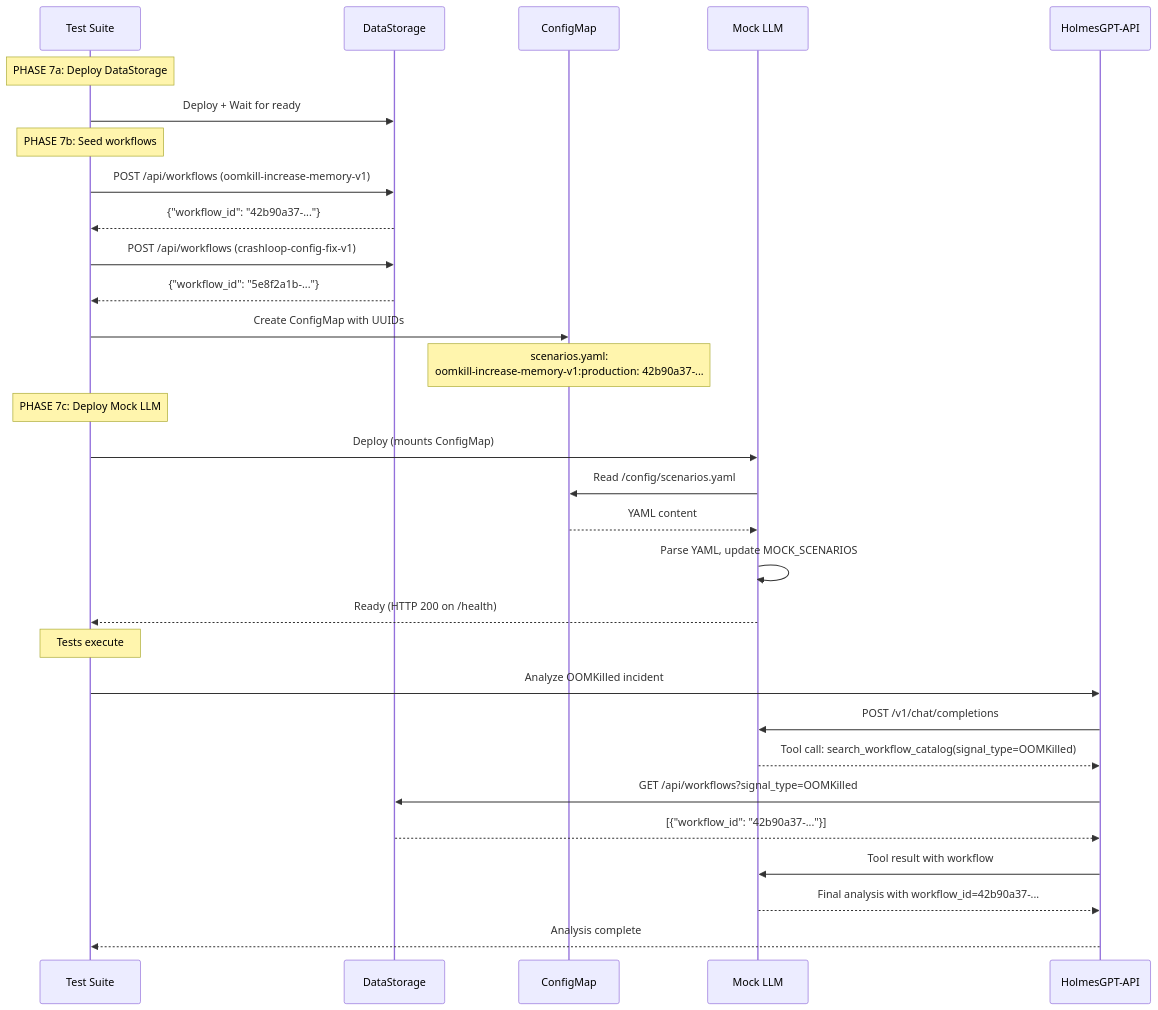
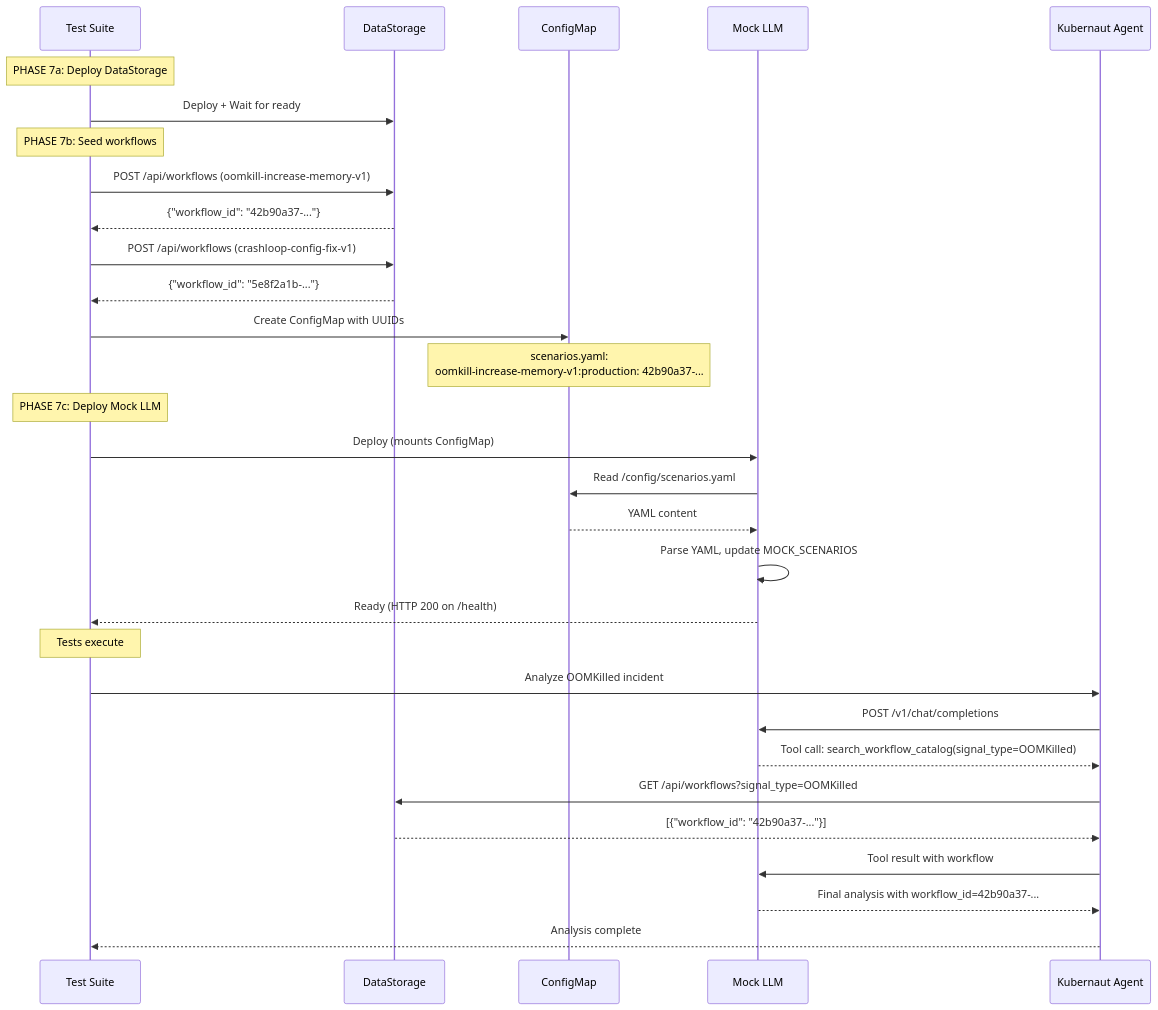
The diagram in test/services/mock-llm/README.md (jordigilh/kubernaut), drawn with Mermaid before and after one commit. The commit also changed 9 other files, not shown here.

````diff
--- a/test/services/mock-llm/README.md
+++ b/test/services/mock-llm/README.md
@@ -419,37 +419,37 @@
 ```mermaid
 sequenceDiagram
     participant TS as Test Suite
     participant DS as DataStorage
     participant CM as ConfigMap
     participant ML as Mock LLM
-    participant HAPI as HolmesGPT-API
+    participant KA as Kubernaut Agent
 
     Note over TS: PHASE 7a: Deploy DataStorage
     TS->>DS: Deploy + Wait for ready
 
     Note over TS: PHASE 7b: Seed workflows
     TS->>DS: POST /api/workflows (oomkill-increase-memory-v1)
     DS-->>TS: {"workflow_id": "42b90a37-..."}
     TS->>DS: POST /api/workflows (crashloop-config-fix-v1)
     DS-->>TS: {"workflow_id": "5e8f2a1b-..."}
 
     TS->>CM: Create ConfigMap with UUIDs
     Note over CM: scenarios.yaml:<br/>oomkill-increase-memory-v1:production: 42b90a37-...
 
     Note over TS: PHASE 7c: Deploy Mock LLM
     TS->>ML: Deploy (mounts ConfigMap)
     ML->>CM: Read /config/scenarios.yaml
     CM-->>ML: YAML content
     ML->>ML: Parse YAML, update MOCK_SCENARIOS
     ML-->>TS: Ready (HTTP 200 on /health)
 
     Note over TS: Tests execute
-    TS->>HAPI: Analyze OOMKilled incident
-    HAPI->>ML: POST /v1/chat/completions
-    ML-->>HAPI: Tool call: search_workflow_catalog(signal_type=OOMKilled)
-    HAPI->>DS: GET /api/workflows?signal_type=OOMKilled
-    DS-->>HAPI: [{"workflow_id": "42b90a37-..."}]
-    HAPI->>ML: Tool result with workflow
-    ML-->>HAPI: Final analysis with workflow_id=42b90a37-...
-    HAPI-->>TS: Analysis complete
+    TS->>KA: Analyze OOMKilled incident
+    KA->>ML: POST /v1/chat/completions
+    ML-->>KA: Tool call: search_workflow_catalog(signal_type=OOMKilled)
+    KA->>DS: GET /api/workflows?signal_type=OOMKilled
+    DS-->>KA: [{"workflow_id": "42b90a37-..."}]
+    KA->>ML: Tool result with workflow
+    ML-->>KA: Final analysis with workflow_id=42b90a37-...
+    KA-->>TS: Analysis complete
 ```
````
